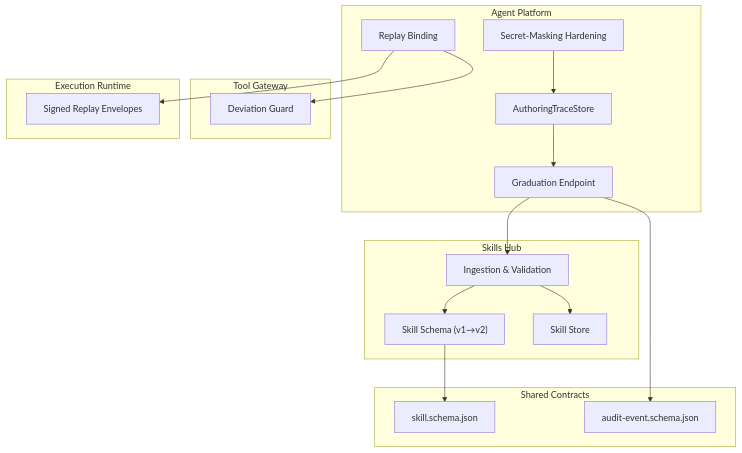
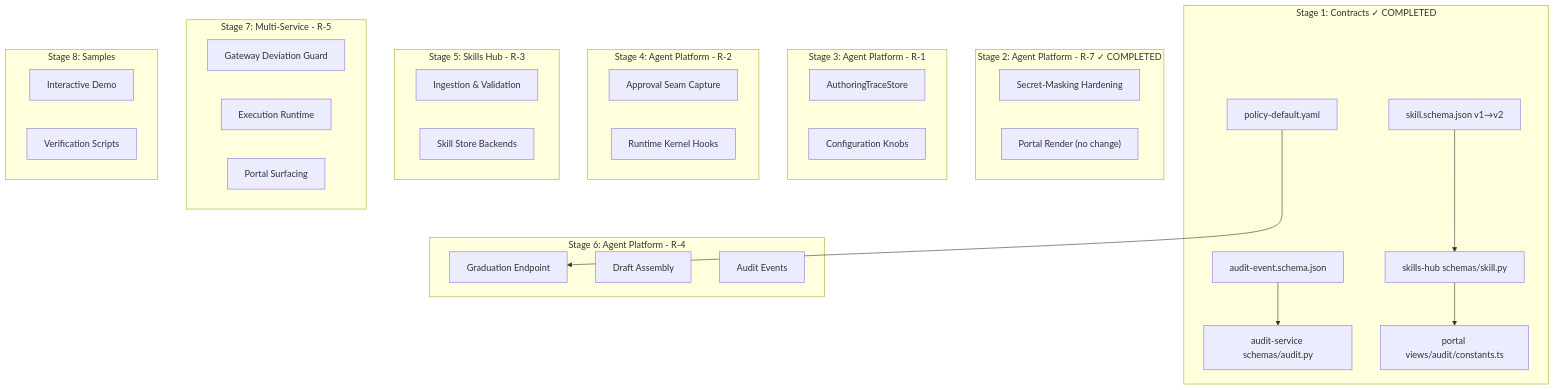
The first of 9 diagrams in .qoder/repowiki/en/content/Architecture Documentation/SPEC-055_ Develop-as-You-Go Skill Graduation.md (metasync/luban-aiops), drawn with Mermaid before and after one commit. The commit also changed other lines of this file and 9 other files, not shown here.

````diff
--- a/.qoder/repowiki/en/content/Architecture Documentation/SPEC-055_ Develop-as-You-Go Skill Graduation.md
+++ b/.qoder/repowiki/en/content/Architecture Documentation/SPEC-055_ Develop-as-You-Go Skill Graduation.md
@@ -54,33 +53,45 @@
 ```mermaid
 graph TB
-subgraph "Agent Platform"
+subgraph "Stage 1: Contracts ✓ COMPLETED"
+SC_skill["skill.schema.json v1→v2"]
+SC_audit["audit-event.schema.json"]
+SC_policy["policy-default.yaml"]
+SH_skill["skills-hub schemas/skill.py"]
+AUDIT_audit["audit-service schemas/audit.py"]
+PORTAL_constants["portal views/audit/constants.ts"]
+end
+subgraph "Stage 2: Agent Platform - R-7 ✓ COMPLETED"
+AP_mask["Secret-Masking Hardening"]
+AP_portal["Portal Render (no change)"]
+end
+subgraph "Stage 3: Agent Platform - R-1"
 AP_trace["AuthoringTraceStore"]
+AP_config["Configuration Knobs"]
+end
+subgraph "Stage 4: Agent Platform - R-2"
+AP_capture["Approval Seam Capture"]
+AP_kernel["Runtime Kernel Hooks"]
+end
+subgraph "Stage 5: Skills Hub - R-3"
+SH_ingest["Ingestion & Validation"]
+SH_store["Skill Store Backends"]
+end
+subgraph "Stage 6: Agent Platform - R-4"
 AP_grad["Graduation Endpoint"]
-AP_replay["Replay Binding"]
-AP_mask["Secret-Masking Hardening"]
+AP_draft["Draft Assembly"]
+AP_audit["Audit Events"]
 end
-subgraph "Skills Hub"
-SH_ingest["Ingestion & Validation"]
-SH_schema["Skill Schema (v1→v2)"]
-SH_store["Skill Store"]
+subgraph "Stage 7: Multi-Service - R-5"
+TG_guard["Gateway Deviation Guard"]
+ER_sign["Execution Runtime"]
+OP_portal["Portal Surfacing"]
 end
-subgraph "Tool Gateway"
-TG_guard["Deviation Guard"]
+subgraph "Stage 8: Samples"
+SAMPLES["Interactive Demo"]
+TESTS["Verification Scripts"]
 end
-subgraph "Execution Runtime"
-ER_sign["Signed Replay Envelopes"]
-end
-subgraph "Shared Contracts"
-SC_skill["skill.schema.json"]
-SC_audit["audit-event.schema.json"]
-end
-AP_trace --> AP_grad
-AP_grad --> SH_ingest
-SH_ingest --> SH_schema
-SH_ingest --> SH_store
-AP_replay --> TG_guard
-AP_replay --> ER_sign
-AP_mask --> AP_trace
-SH_schema --> SC_skill
-AP_grad --> SC_audit
+SC_skill --> SH_skill
+SC_audit --> AUDIT_audit
+SC_policy --> AP_grad
+SH_skill --> PORTAL_constants
 ```
````
